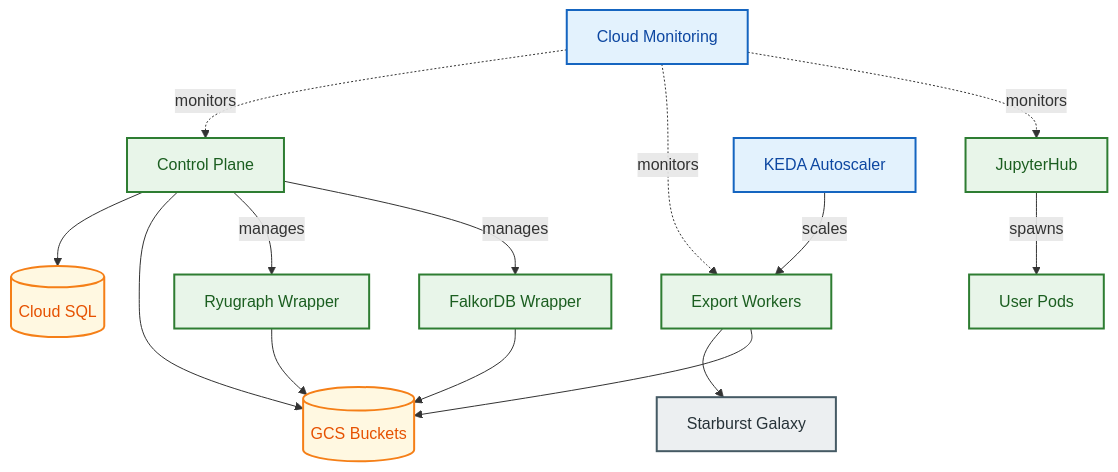
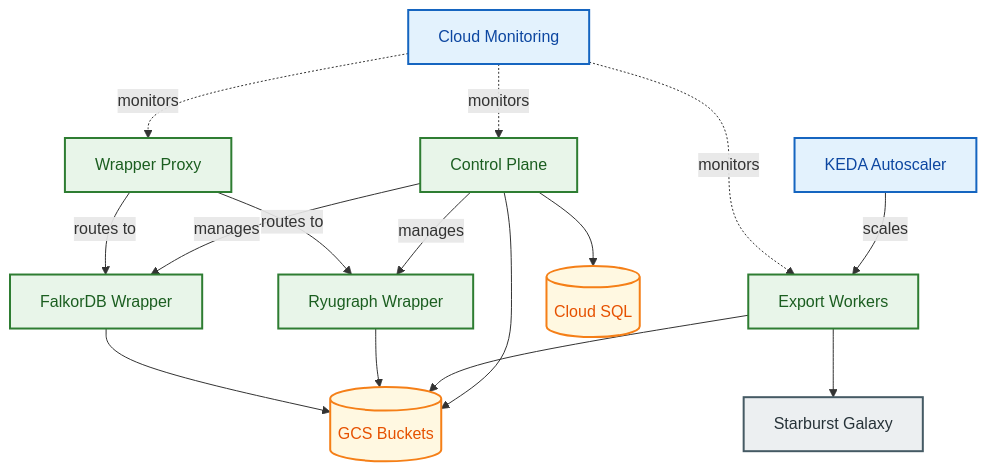
Before and after one commit to b4uharsha/newgraph: the third of 4 diagrams in documentation/src/content/docs/operations/incident-response-runbook.md, drawn with Mermaid. The commit also changed other lines of this file and 88 other files, not shown here.

````diff
--- a/documentation/src/content/docs/operations/incident-response-runbook.md
+++ b/documentation/src/content/docs/operations/incident-response-runbook.md
@@ -249,38 +234,38 @@
 ```mermaid
 flowchart TD
     accTitle: Platform Component Dependencies
     accDescr: Service dependency map showing how Graph OLAP Platform components connect to each other and external systems
 
     classDef service fill:#E8F5E9,stroke:#2E7D32,stroke-width:2px,color:#1B5E20
     classDef data fill:#FFF8E1,stroke:#F57F17,stroke-width:2px,color:#E65100
     classDef external fill:#ECEFF1,stroke:#455A64,stroke-width:2px,color:#263238
     classDef infra fill:#E3F2FD,stroke:#1565C0,stroke-width:2px,color:#0D47A1
 
     CP[Control Plane]:::service
     EW[Export Workers]:::service
     RW[Ryugraph Wrapper]:::service
     FW[FalkorDB Wrapper]:::service
-    JH[JupyterHub]:::service
-    UP[User Pods]:::service
+    WP[Wrapper Proxy]:::service
 
     SQL[(Cloud SQL)]:::data
     GCS[(GCS Buckets)]:::data
 
     SB[Starburst Galaxy]:::external
     KEDA[KEDA Autoscaler]:::infra
     CM[Cloud Monitoring]:::infra
 
     CP --> SQL
     CP --> GCS
     CP -->|manages| RW
     CP -->|manages| FW
+    WP -->|routes to| RW
+    WP -->|routes to| FW
     EW --> SB
     EW --> GCS
     KEDA -->|scales| EW
     RW --> GCS
     FW --> GCS
-    JH -->|spawns| UP
     CM -.->|monitors| CP
     CM -.->|monitors| EW
-    CM -.->|monitors| JH
+    CM -.->|monitors| WP
 ```
````
